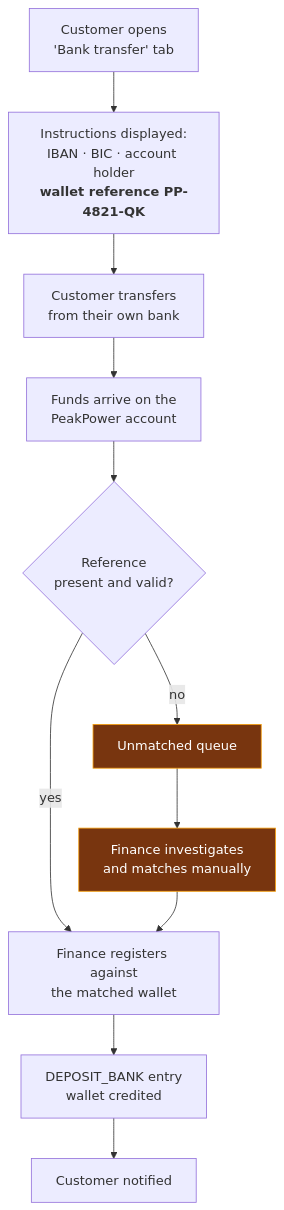
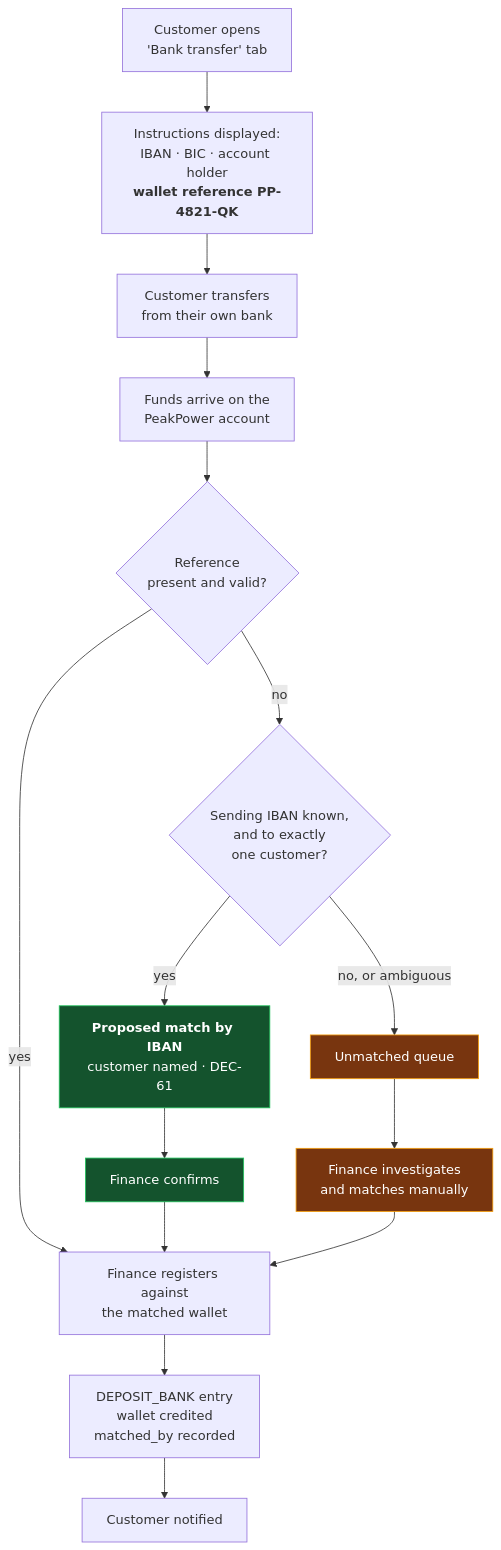
One commit to lukastosic-ifd/peakpowerspecs changed the third of 4 diagrams in specs/40-processes/03-wallet-topup-flow.md. Above: the diagram before and after it, drawn with Mermaid. The commit also changed other lines of this file and 43 other files, not shown here.

````diff
--- a/specs/40-processes/03-wallet-topup-flow.md
+++ b/specs/40-processes/03-wallet-topup-flow.md
@@ -90,16 +102,22 @@
 ```mermaid
 flowchart TB
     A["Customer opens<br/>'Bank transfer' tab"] --> B["Instructions displayed:<br/>IBAN · BIC · account holder<br/><b>wallet reference PP-4821-QK</b>"]
     B --> C["Customer transfers<br/>from their own bank"]
     C --> D["Funds arrive on the<br/>PeakPower account"]
     D --> E{"Reference<br/>present and valid?"}
     E -->|yes| F["Finance registers against<br/>the matched wallet"]
-    E -->|no| G["Unmatched queue"]
+    E -->|no| K{"Sending IBAN known,<br/>and to exactly<br/>one customer?"}
+    K -->|yes| L["<b>Proposed match by IBAN</b><br/>customer named · DEC-61"]
+    L --> M["Finance confirms"]
+    M --> F
+    K -->|"no, or ambiguous"| G["Unmatched queue"]
     G --> H["Finance investigates<br/>and matches manually"]
     H --> F
-    F --> I["DEPOSIT_BANK entry<br/>wallet credited"]
+    F --> I["DEPOSIT_BANK entry<br/>wallet credited<br/>matched_by recorded"]
     I --> J["Customer notified"]
 
     classDef warn fill:#78350f,stroke:#f59e0b,color:#fff
+    classDef good fill:#14532d,stroke:#22c55e,color:#fff
     class G,H warn
+    class L,M good
 ```
````
